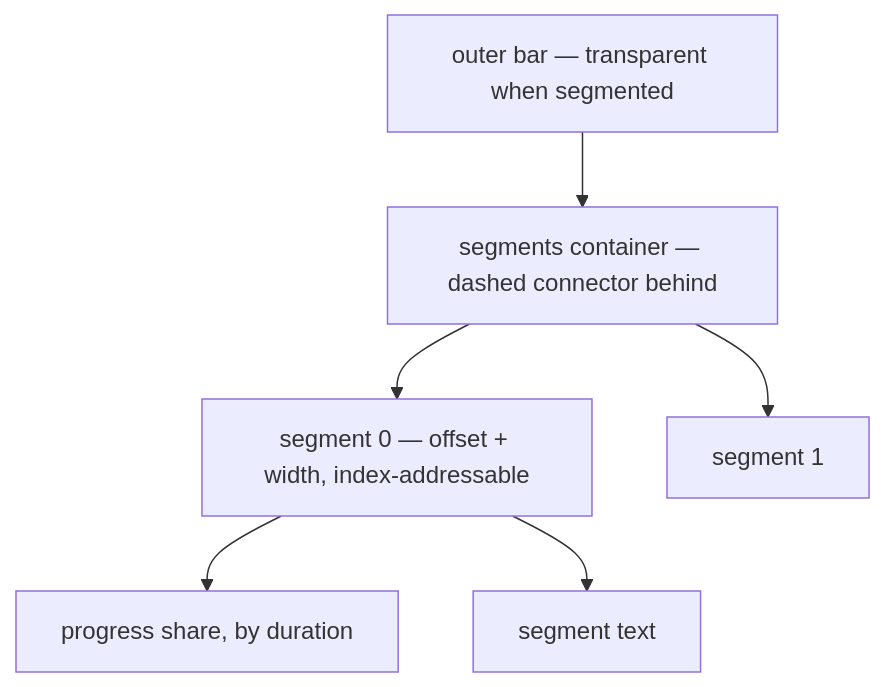
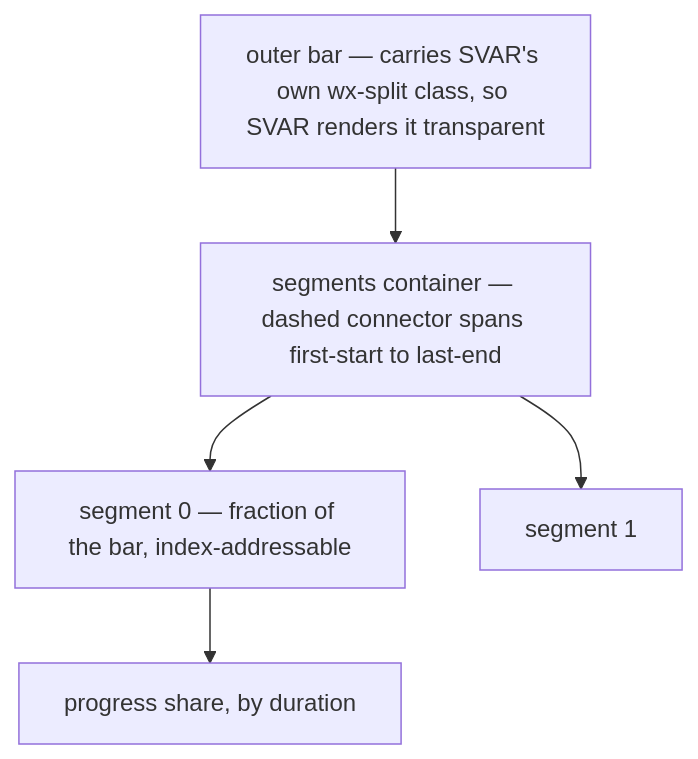
The first of 3 diagrams in docs/plans/2026-07-18-002-feat-split-task-segment-rendering-plan.md (renatomen/tasknotes-gantt), drawn with Mermaid before and after one commit. The commit also changed other lines of this file, not shown here.

````diff
--- a/docs/plans/2026-07-18-002-feat-split-task-segment-rendering-plan.md
+++ b/docs/plans/2026-07-18-002-feat-split-task-segment-rendering-plan.md
@@ -90,9 +91,8 @@
 ```mermaid
 flowchart TB
-  BAR["outer bar — transparent when segmented"]
-  BAR --> SEGS["segments container — dashed connector behind"]
-  SEGS --> S0["segment 0 — offset + width, index-addressable"]
+  BAR["outer bar — carries SVAR's own wx-split class, so SVAR renders it transparent"]
+  BAR --> SEGS["segments container — dashed connector spans first-start to last-end"]
+  SEGS --> S0["segment 0 — fraction of the bar, index-addressable"]
   SEGS --> S1["segment 1"]
   S0 --> P0["progress share, by duration"]
-  S0 --> T0["segment text"]
 ```
````
